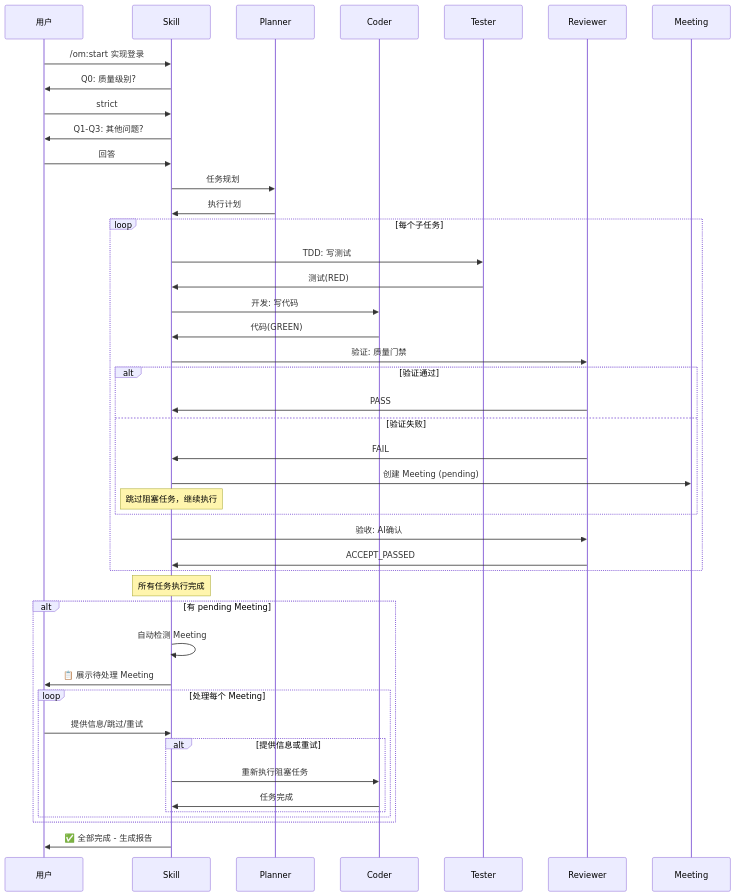
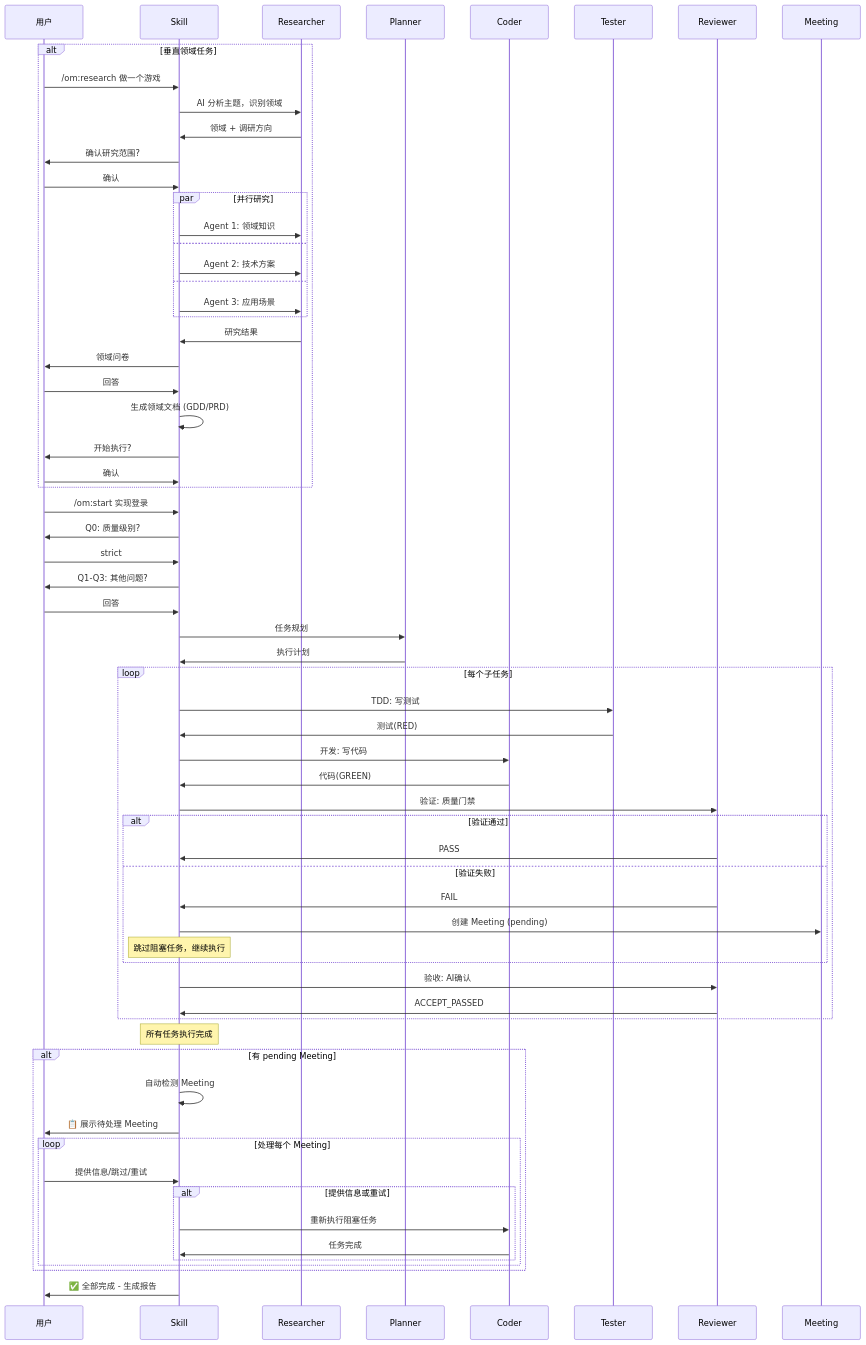
One commit to bigfish1913/openmatrix changed the tenth of 10 diagrams in docs/FLOW.md. Above: the diagram before and after it, drawn with Mermaid. The commit also changed other lines of this file and 2 other files, not shown here.

````diff
--- a/docs/FLOW.md
+++ b/docs/FLOW.md
@@ -230,51 +309,73 @@
 ```mermaid
 sequenceDiagram
     participant U as 用户
     participant S as Skill
+    participant RS as Researcher
     participant P as Planner
     participant C as Coder
     participant T as Tester
     participant R as Reviewer
     participant M as Meeting
+
+    alt 垂直领域任务
+        U->>S: /om:research 做一个游戏
+        S->>RS: AI 分析主题，识别领域
+        RS->>S: 领域 + 调研方向
+        S->>U: 确认研究范围?
+        U->>S: 确认
+        par 并行研究
+            S->>RS: Agent 1: 领域知识
+        and
+            S->>RS: Agent 2: 技术方案
+        and
+            S->>RS: Agent 3: 应用场景
+        end
+        RS->>S: 研究结果
+        S->>U: 领域问卷
+        U->>S: 回答
+        S->>S: 生成领域文档 (GDD/PRD)
+        S->>U: 开始执行?
+        U->>S: 确认
+    end
 
     U->>S: /om:start 实现登录
     S->>U: Q0: 质量级别?
     U->>S: strict
     S->>U: Q1-Q3: 其他问题?
     U->>S: 回答
     S->>P: 任务规划
     P->>S: 执行计划
 
     loop 每个子任务
         S->>T: TDD: 写测试
         T->>S: 测试(RED)
         S->>C: 开发: 写代码
         C->>S: 代码(GREEN)
         S->>R: 验证: 质量门禁
         alt 验证通过
             R->>S: PASS
         else 验证失败
             R->>S: FAIL
             S->>M: 创建 Meeting (pending)
             Note over S: 跳过阻塞任务，继续执行
         end
         S->>R: 验收: AI确认
         R->>S: ACCEPT_PASSED
     end
 
     Note over S: 所有任务执行完成
 
     alt 有 pending Meeting
         S->>S: 自动检测 Meeting
         S->>U: 📋 展示待处理 Meeting
         loop 处理每个 Meeting
             U->>S: 提供信息/跳过/重试
             alt 提供信息或重试
                 S->>C: 重新执行阻塞任务
                 C->>S: 任务完成
             end
         end
     end
 
     S->>U: ✅ 全部完成 - 生成报告
 ```
````
